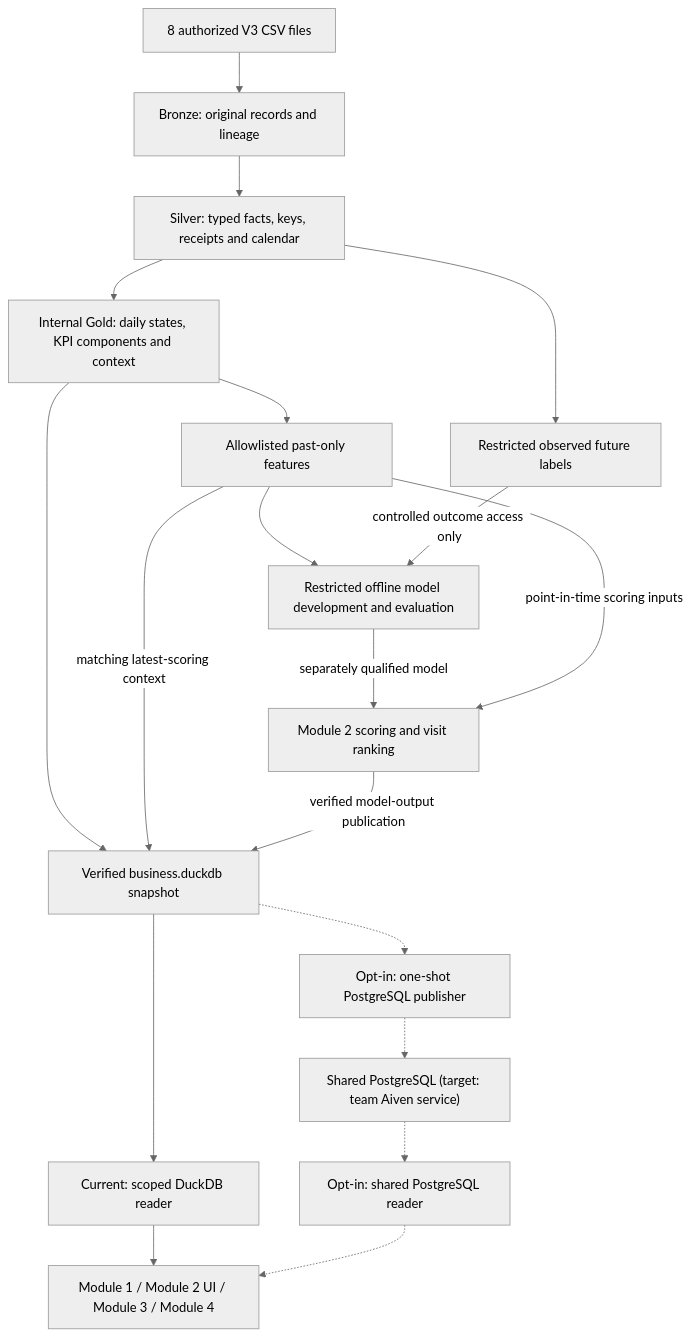
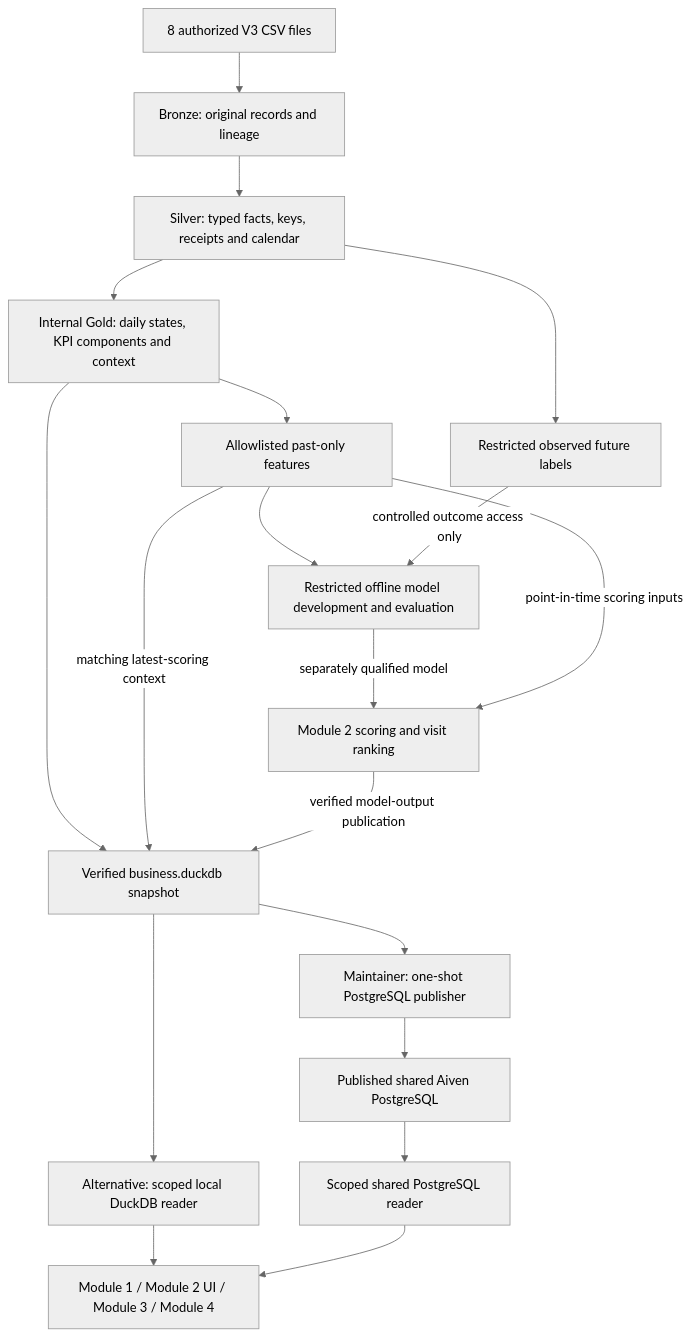
One commit to Zeye430/marvel-cpg-ai-platform changed the diagram in docs/data/README.md. Above: the diagram before and after it, drawn with Mermaid (neutral theme). The commit also changed other lines of this file and 2 other files, not shown here.

Commit message:
docs(data): add Aiven connection guide and update publishing status

````diff
--- a/docs/data/README.md
+++ b/docs/data/README.md
@@ -26,21 +54,21 @@
 ```mermaid
 flowchart TD
     CSV["8 authorized V3 CSV files"] --> Bronze["Bronze: original records and lineage"]
     Bronze --> Silver["Silver: typed facts, keys, receipts and calendar"]
     Silver --> Gold["Internal Gold: daily states, KPI components and context"]
     Gold --> Features["Allowlisted past-only features"]
     Silver --> Labels["Restricted observed future labels"]
     Gold --> Serving["Verified business.duckdb snapshot"]
     Features -->|matching latest-scoring context| Serving
-    Serving --> Reader["Current: scoped DuckDB reader"]
+    Serving --> Reader["Alternative: scoped local DuckDB reader"]
     Reader --> Apps["Module 1 / Module 2 UI / Module 3 / Module 4"]
     Features --> ML["Restricted offline model development and evaluation"]
     Labels -->|controlled outcome access only| ML
     ML -->|separately qualified model| Score["Module 2 scoring and visit ranking"]
     Features -->|point-in-time scoring inputs| Score
     Score -->|verified model-output publication| Serving
-    Serving -.-> Publisher["Opt-in: one-shot PostgreSQL publisher"]
-    Publisher -.-> PG["Shared PostgreSQL (target: team Aiven service)"]
-    PG -.-> PGReader["Opt-in: shared PostgreSQL reader"]
-    PGReader -.-> Apps
+    Serving --> Publisher["Maintainer: one-shot PostgreSQL publisher"]
+    Publisher --> PG["Published shared Aiven PostgreSQL"]
+    PG --> PGReader["Scoped shared PostgreSQL reader"]
+    PGReader --> Apps
 ```
````
